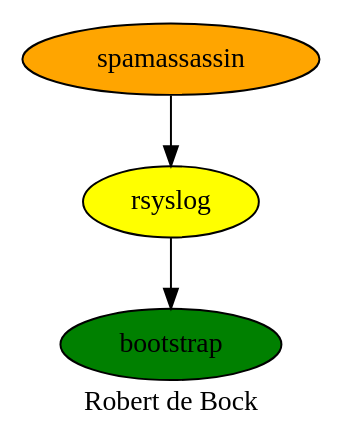
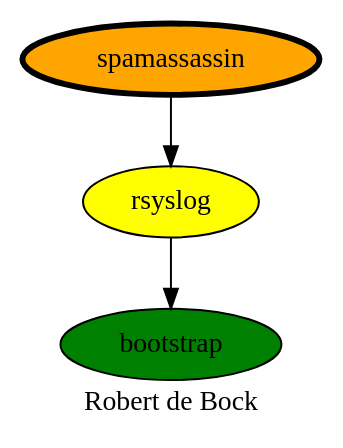
Before and after one commit to robertdebock/robertdebock.github.io: the diagram in spamassassin.dot, drawn with Graphviz. The commit also changed 24 other files, not shown here.

```diff
--- a/spamassassin.dot
+++ b/spamassassin.dot
@@ -1,11 +1,11 @@
 digraph PhiloDilemma {
   label = "Robert de Bock" ;
   overlap=false
   {
     bootstrap [fillcolor=green style=filled]
     rsyslog [fillcolor=yellow style=filled]
-    spamassassin [fillcolor=orange style=filled]
+    spamassassin [fillcolor=orange style=filled penwidth=3]
   }
   rsyslog -> bootstrap
   spamassassin -> rsyslog
 }
```
